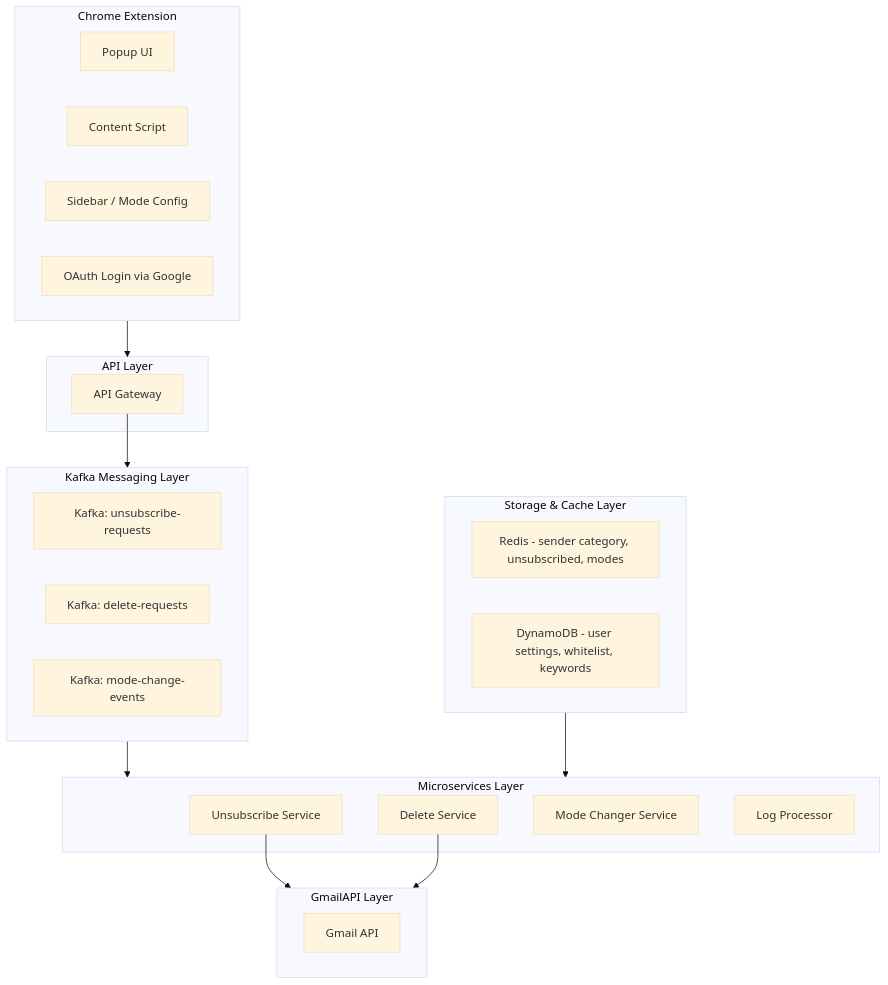
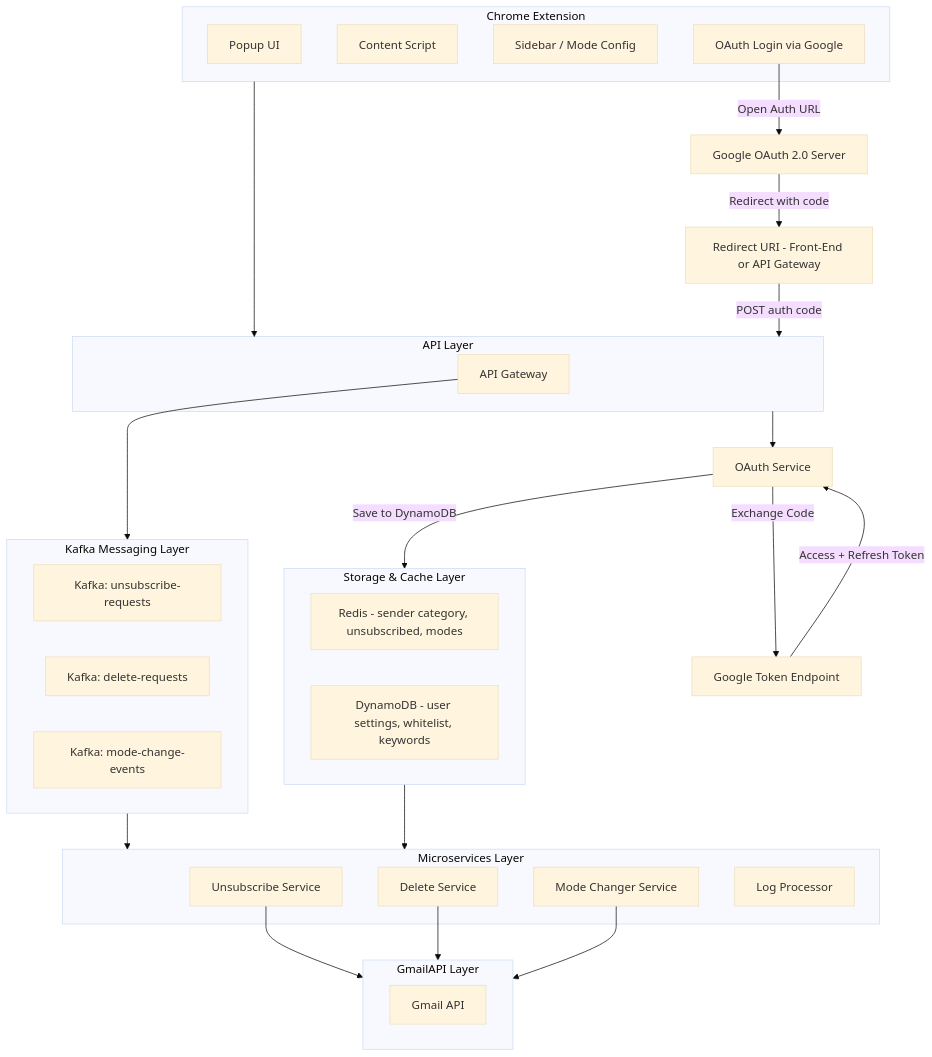
One commit to WeiJuLi/gmail-cleaner-chrome-extension changed the diagram in README.md. Above: the diagram before and after it, drawn with Mermaid (base theme).

Commit message:
doc/update-OAuth-workflow

````diff
--- a/README.md
+++ b/README.md
@@ -15,58 +15,73 @@
 ```mermaid flowchart TB
 flowchart TB
 
 %% CLIENT
 subgraph CLIENT [Chrome Extension]
     CE1[Popup UI]
     CE2[Content Script]
     CE3[Sidebar / Mode Config]
     CE4[OAuth Login via Google]
 end
+
+%% Google OAuth 
+
+
 
 %% API GATEWAY
 subgraph API [API Layer]
     AGW[API Gateway]
 end
 
 %% KAFKA MESSAGING
 subgraph MSG [Kafka Messaging Layer]
     K1[Kafka: unsubscribe-requests]
     K2[Kafka: delete-requests]
     K3[Kafka: mode-change-events]
 end
 
 %% SERVICE LAYER
 subgraph SVC [Microservices Layer]
     S1[Unsubscribe Service]
     S2[Delete Service]
     S3[Mode Changer Service]
     S4[Log Processor]
 end
 
 %% GmailAPI 
 subgraph GAPIL [GmailAPI Layer]
     GAPI[Gmail API]
 end
 
 %% DATA LAYER
 subgraph DATA [Storage & Cache Layer]
     R1[Redis - sender category, unsubscribed, modes]
     D1[DynamoDB - user settings, whitelist, keywords]
 end
 
 %% CLIENT to API
 CLIENT --> API
+CE4 -->|Open Auth URL| GGL[Google OAuth 2.0 Server]
+
+%% Google OAuth 2.0 
+  GGL -->|Redirect with code| CE_CALLBACK[Redirect URI - Front-End or API Gateway]
+  CE_CALLBACK -->|POST auth code| API
+  API --> OAUTH[OAuth Service]
+  OAUTH -->|Exchange Code| GGL_TOKEN[Google Token Endpoint]
+  GGL_TOKEN -->|Access + Refresh Token| OAUTH
+  OAUTH -->|Save to DynamoDB| DATA 
+
 
 %% %% API to Gmail + Messaging
 AGW --> MSG
 
 %% %% Messaging to Services
 MSG --> SVC
 
 %% %% Services to GmailAPI
 S1 --> GAPIL
 S2 --> GAPIL
+S3 --> GAPIL
 
 %% %% Cache / DB to Services
 DATA --> SVC
 ```
````
